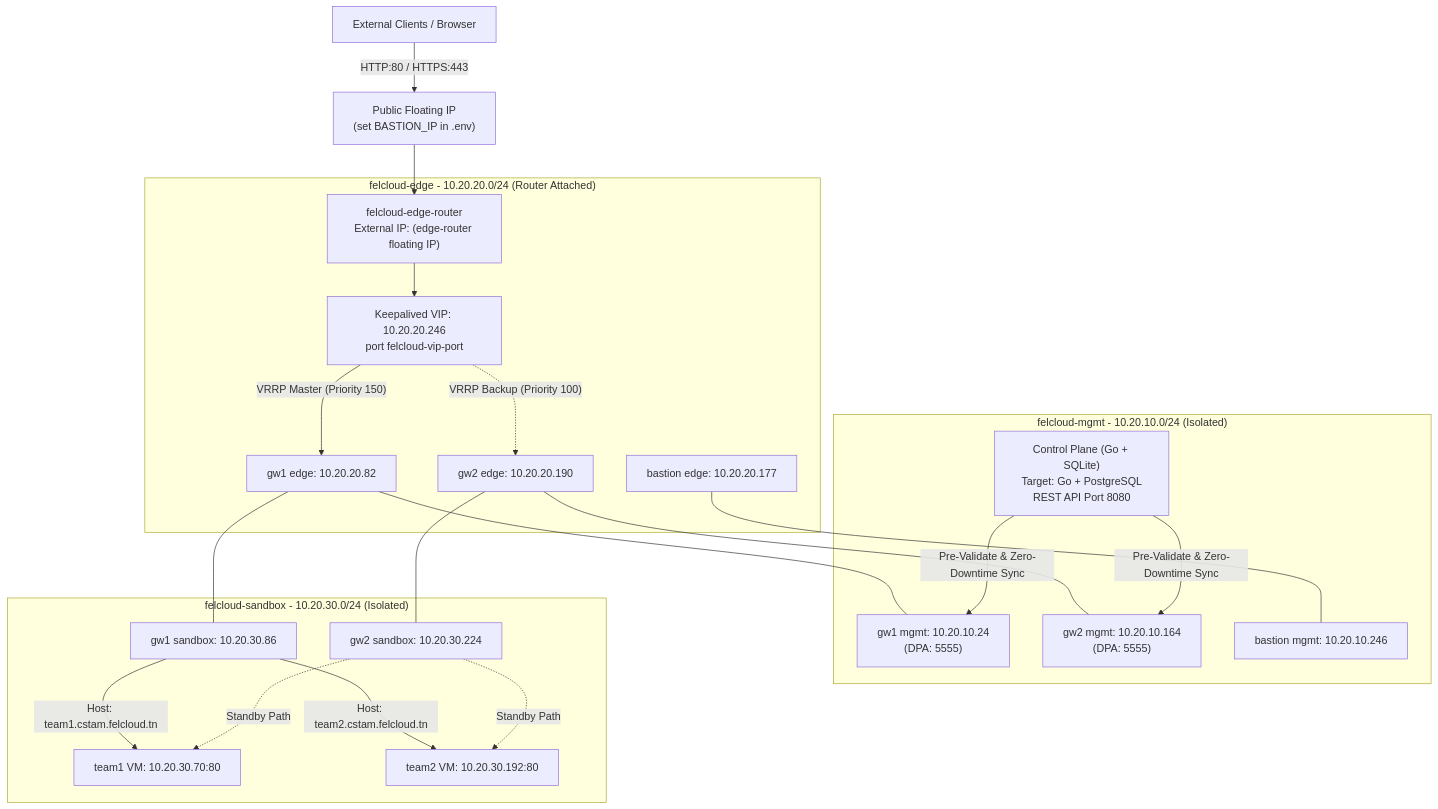
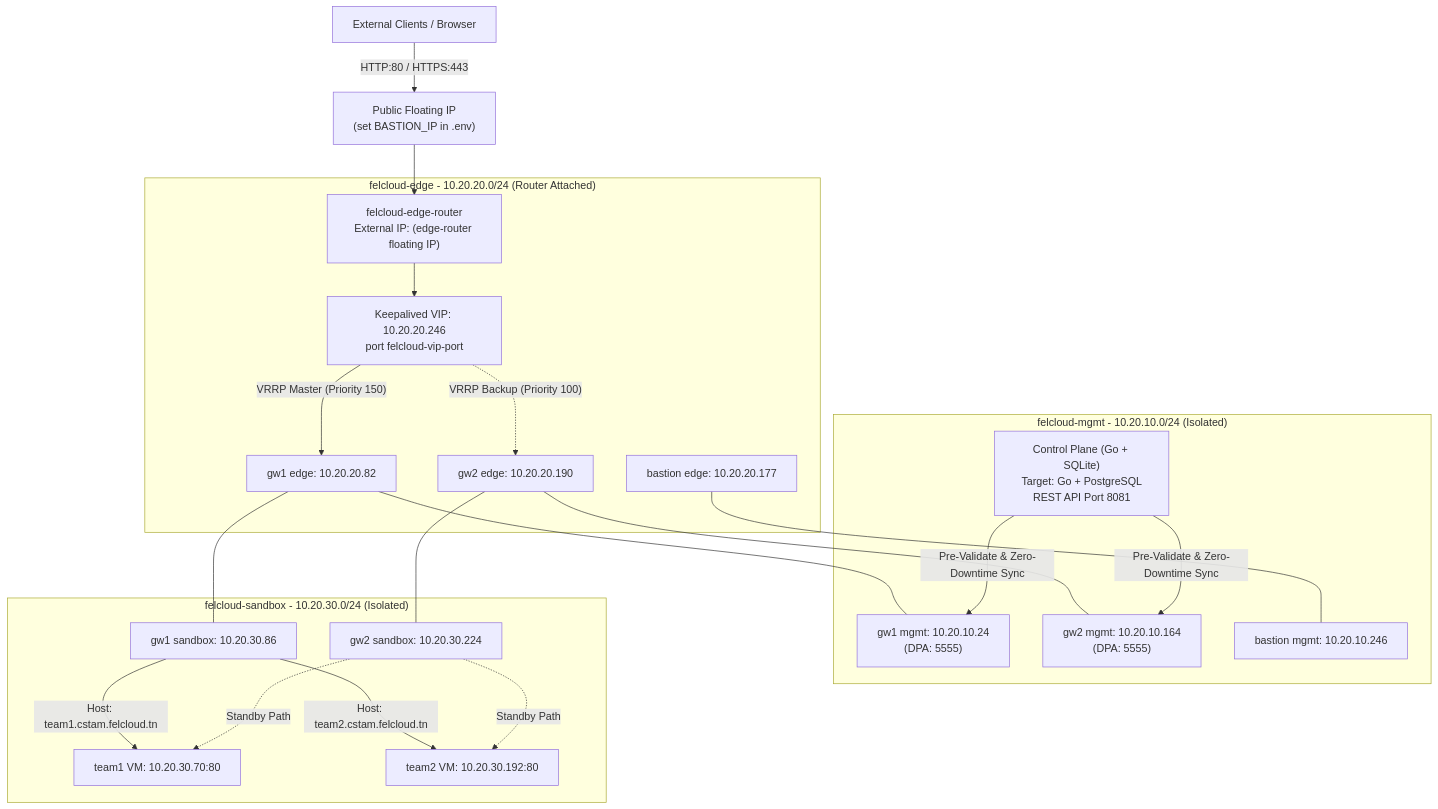
Before and after one commit to ben-slimene-nour-el-houda/felcloud: the first of 3 diagrams in README.md, drawn with Mermaid. The commit also changed other lines of this file and 4 other files, not shown here.

````diff
--- a/README.md
+++ b/README.md
@@ -78,45 +78,45 @@
 ```mermaid
 flowchart TB
     Client["External Clients / Browser"]
 
     PUB["Public Floating IP\n(set BASTION_IP in .env)"]
     Client -->|HTTP:80 / HTTPS:443| PUB
 
     subgraph EDGE["felcloud-edge - 10.20.20.0/24 (Router Attached)"]
         RTR["felcloud-edge-router<br/>External IP: (edge-router floating IP)"]
         VIP["Keepalived VIP: 10.20.20.246<br/>port felcloud-vip-port"]
         GW1E["gw1 edge: 10.20.20.82"]
         GW2E["gw2 edge: 10.20.20.190"]
         BASE["bastion edge: 10.20.20.177"]
     end
 
     subgraph MGMT["felcloud-mgmt - 10.20.10.0/24 (Isolated)"]
         GW1M["gw1 mgmt: 10.20.10.24<br/>(DPA: 5555)"]
         GW2M["gw2 mgmt: 10.20.10.164<br/>(DPA: 5555)"]
         BASM["bastion mgmt: 10.20.10.246"]
-        IPAM["Control Plane (Go + SQLite)<br/>Target: Go + PostgreSQL<br/>REST API Port 8080"]
+        IPAM["Control Plane (Go + SQLite)<br/>Target: Go + PostgreSQL<br/>REST API Port 8081"]
     end
 
     subgraph SBX["felcloud-sandbox - 10.20.30.0/24 (Isolated)"]
         GW1S["gw1 sandbox: 10.20.30.86"]
         GW2S["gw2 sandbox: 10.20.30.224"]
         T1["team1 VM: 10.20.30.70:80"]
         T2["team2 VM: 10.20.30.192:80"]
     end
 
     PUB --> RTR
     RTR --> VIP
     VIP -->|"VRRP Master (Priority 150)"| GW1E
     VIP -.->|"VRRP Backup (Priority 100)"| GW2E
     GW1E --- GW1M
     GW1E --- GW1S
     GW2E --- GW2M
     GW2E --- GW2S
     GW1S -->|"Host: team1.cstam.felcloud.tn"| T1
     GW1S -->|"Host: team2.cstam.felcloud.tn"| T2
     GW2S -.->|"Standby Path"| T1
     GW2S -.->|"Standby Path"| T2
     BASE --- BASM
     IPAM -->|"Pre-Validate & Zero-Downtime Sync"| GW1M
     IPAM -->|"Pre-Validate & Zero-Downtime Sync"| GW2M
 ```
````
